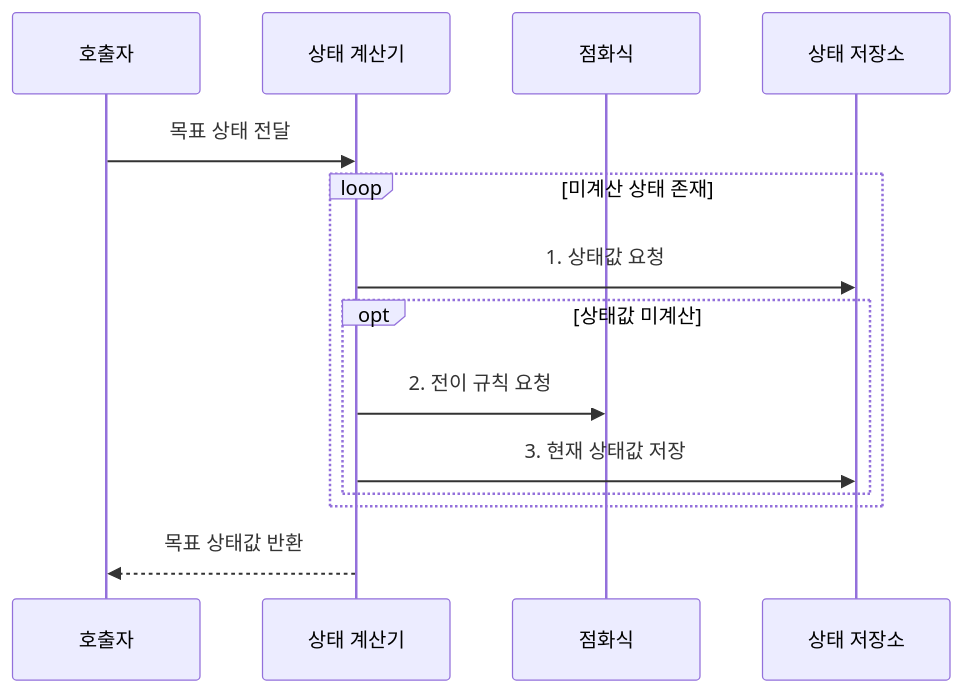
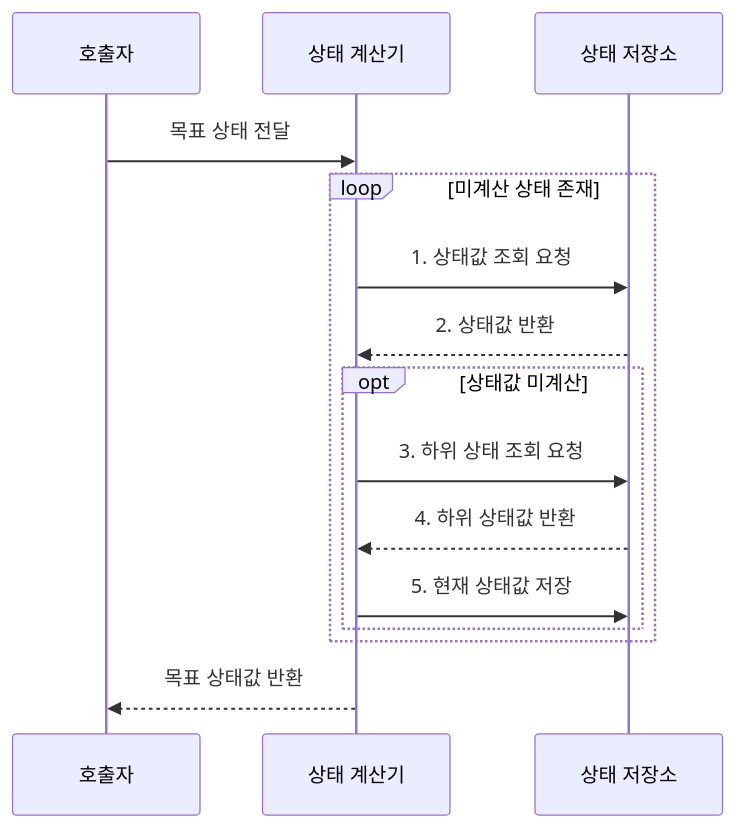
One commit to agnusdei1207/knowledge-base changed the second of 2 diagrams in src/content/docs/notes/01-basic-theory/013_dynamic_programming.md. Above: the diagram before and after it, drawn with Mermaid. The commit also changed other lines of this file and 19 other files, not shown here.

````diff
--- a/src/content/docs/notes/01-basic-theory/013_dynamic_programming.md
+++ b/src/content/docs/notes/01-basic-theory/013_dynamic_programming.md
@@ -78,16 +77,17 @@
 ```mermaid
 sequenceDiagram
     participant Q as 호출자
     participant P as 상태 계산기
-    participant R as 점화식
     participant M as 상태 저장소
     Q->>P: 목표 상태 전달
     loop 미계산 상태 존재
-        P->>M: 1. 상태값 요청
+        P->>M: 1. 상태값 조회 요청
+        M-->>P: 2. 상태값 반환
         opt 상태값 미계산
-            P->>R: 2. 전이 규칙 요청
-            P->>M: 3. 현재 상태값 저장
+            P->>M: 3. 하위 상태 조회 요청
+            M-->>P: 4. 하위 상태값 반환
+            P->>M: 5. 현재 상태값 저장
         end
     end
     P-->>Q: 목표 상태값 반환
 ```
````
